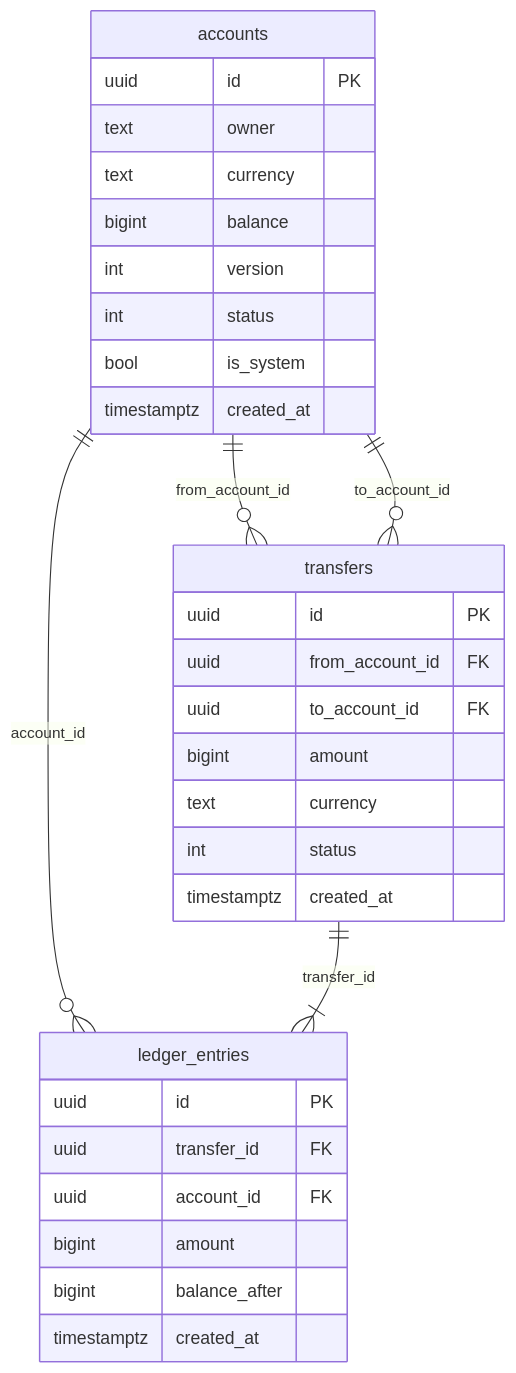
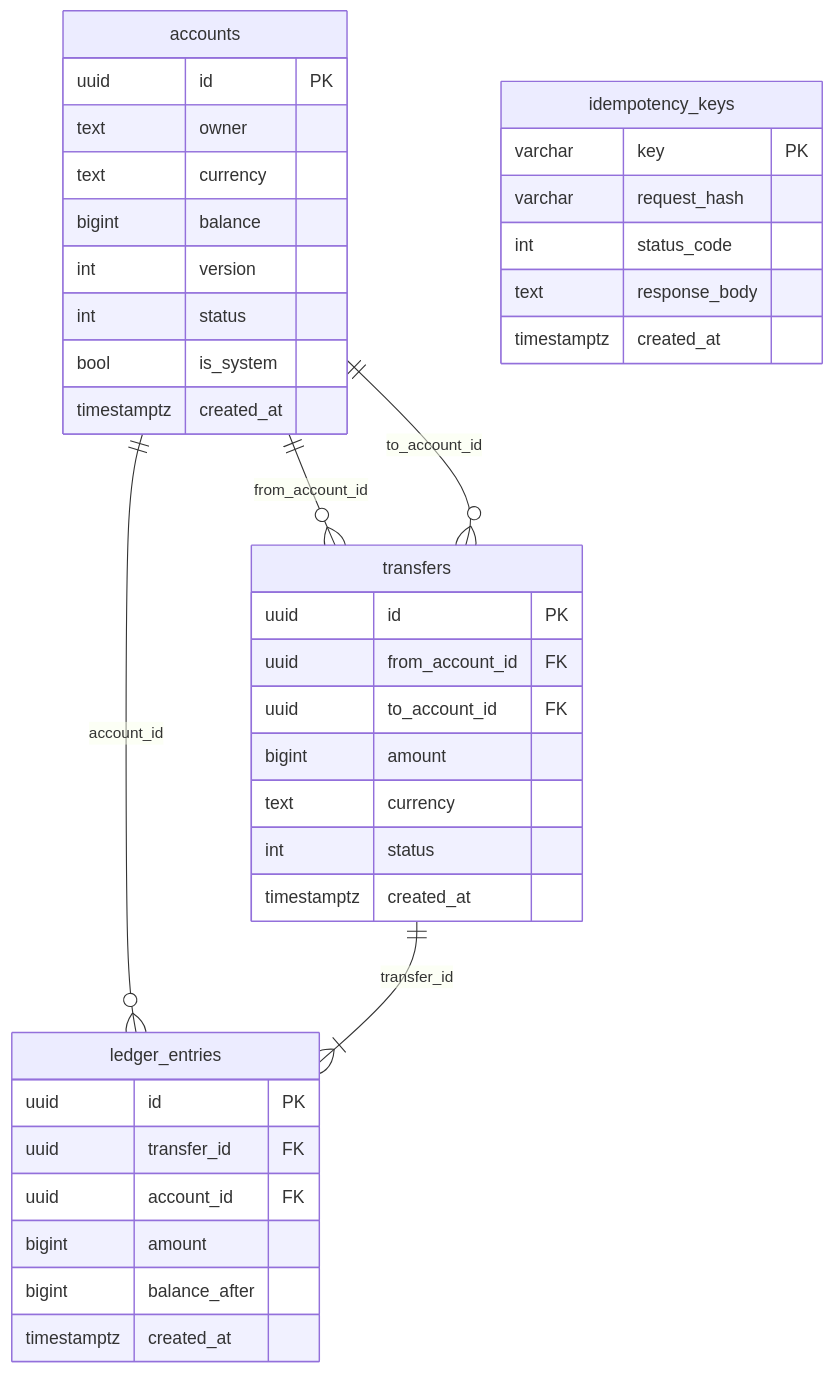
Before and after one commit to Eksailed/MiniBank: the diagram in README.md, drawn with Mermaid. The commit also changed other lines of this file, not shown here.

````diff
--- a/README.md
+++ b/README.md
@@ -66,35 +85,42 @@
 ```mermaid
 erDiagram
     accounts ||--o{ transfers : "from_account_id"
     accounts ||--o{ transfers : "to_account_id"
     accounts ||--o{ ledger_entries : "account_id"
     transfers ||--|{ ledger_entries : "transfer_id"
 
     accounts {
         uuid id PK
         text owner
         text currency
         bigint balance
         int version
         int status
         bool is_system
         timestamptz created_at
     }
     transfers {
         uuid id PK
         uuid from_account_id FK
         uuid to_account_id FK
         bigint amount
         text currency
         int status
         timestamptz created_at
     }
     ledger_entries {
         uuid id PK
         uuid transfer_id FK
         uuid account_id FK
         bigint amount
         bigint balance_after
         timestamptz created_at
     }
+    idempotency_keys {
+        varchar key PK
+        varchar request_hash
+        int status_code
+        text response_body
+        timestamptz created_at
+    }
 ```
````
